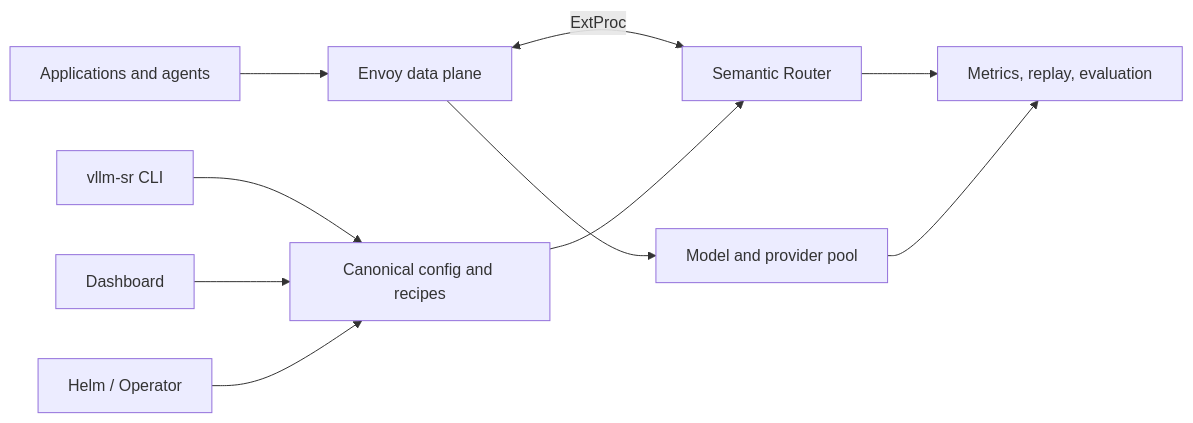
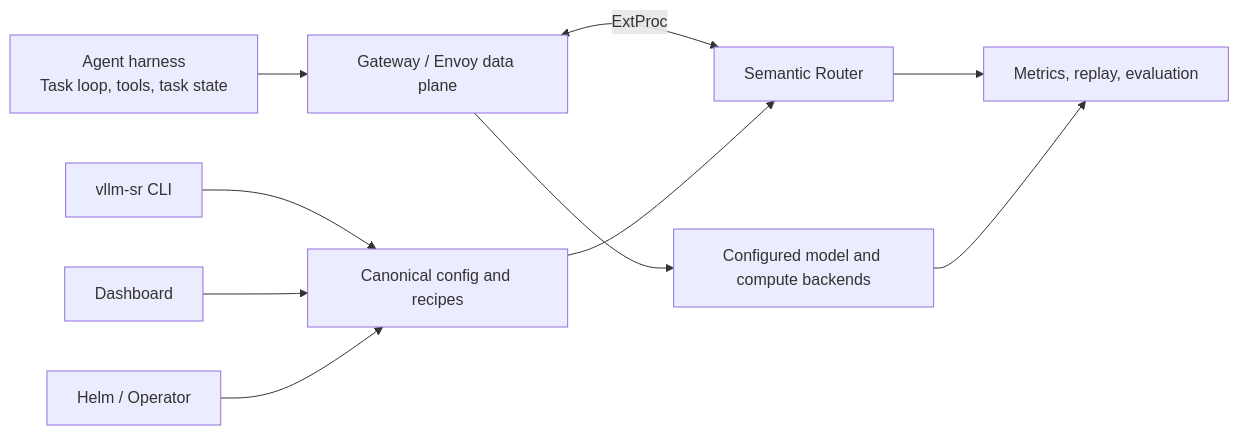
One commit to vllm-project/semantic-router changed the diagram in website/docs/overview/semantic-router-overview.md. Above: the diagram before and after it, drawn with Mermaid. The commit also changed other lines of this file and 75 other files, not shown here.

````diff
--- a/website/docs/overview/semantic-router-overview.md
+++ b/website/docs/overview/semantic-router-overview.md
@@ -18,14 +19,14 @@
 ```mermaid
 flowchart LR
-    Client["Applications and agents"] --> Envoy["Envoy data plane"]
+    Harness["Agent harness<br/>Task loop, tools, task state"] --> Envoy["Gateway / Envoy data plane"]
     Envoy <-->|"ExtProc"| Router["Semantic Router"]
-    Envoy --> Pool["Model and provider pool"]
+    Envoy --> Pool["Configured model and compute backends"]
 
     CLI["vllm-sr CLI"] --> Config["Canonical config and recipes"]
     Dashboard["Dashboard"] --> Config
     Operator["Helm / Operator"] --> Config
     Config --> Router
 
     Router --> Telemetry["Metrics, replay, evaluation"]
     Pool --> Telemetry
 ```
````
